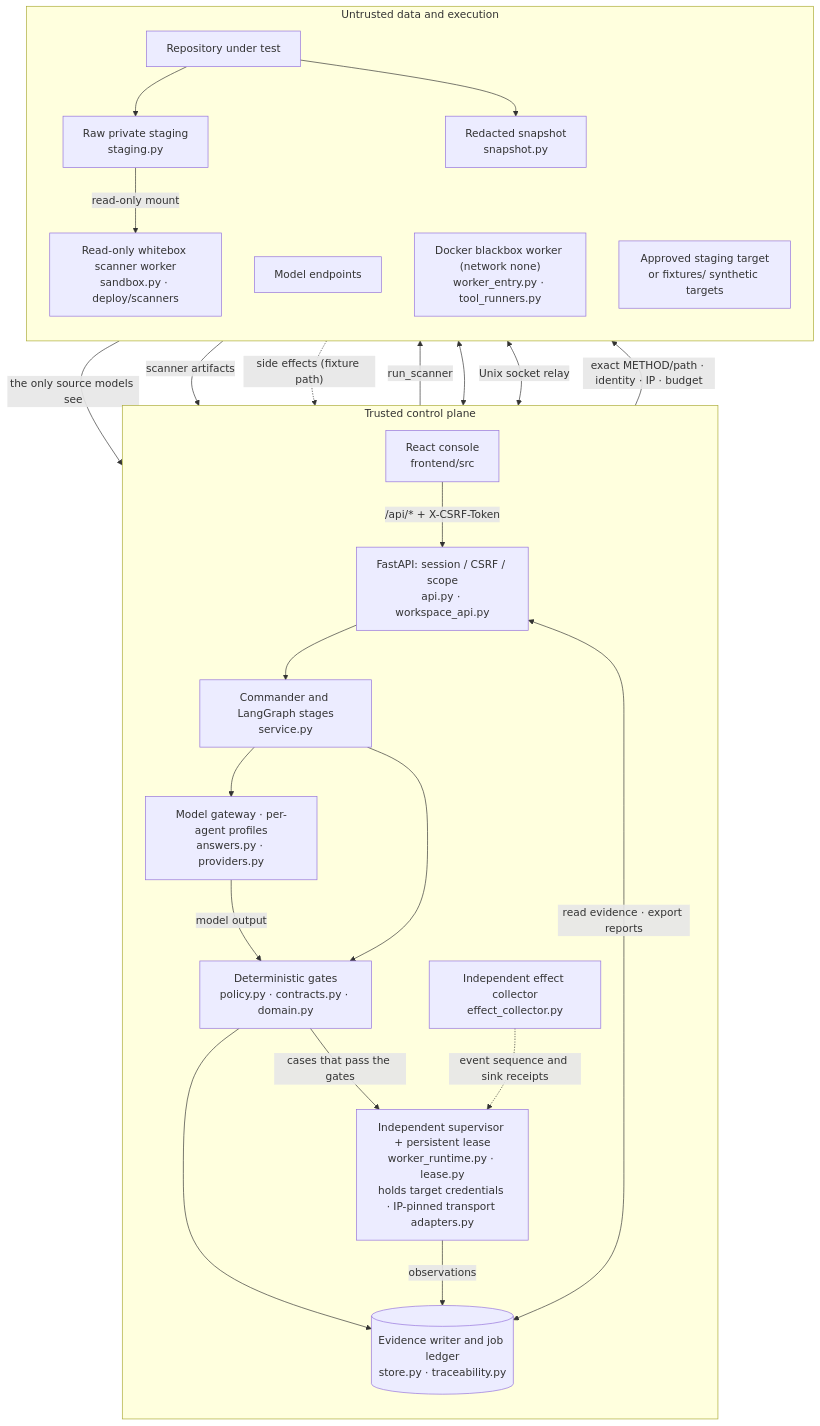
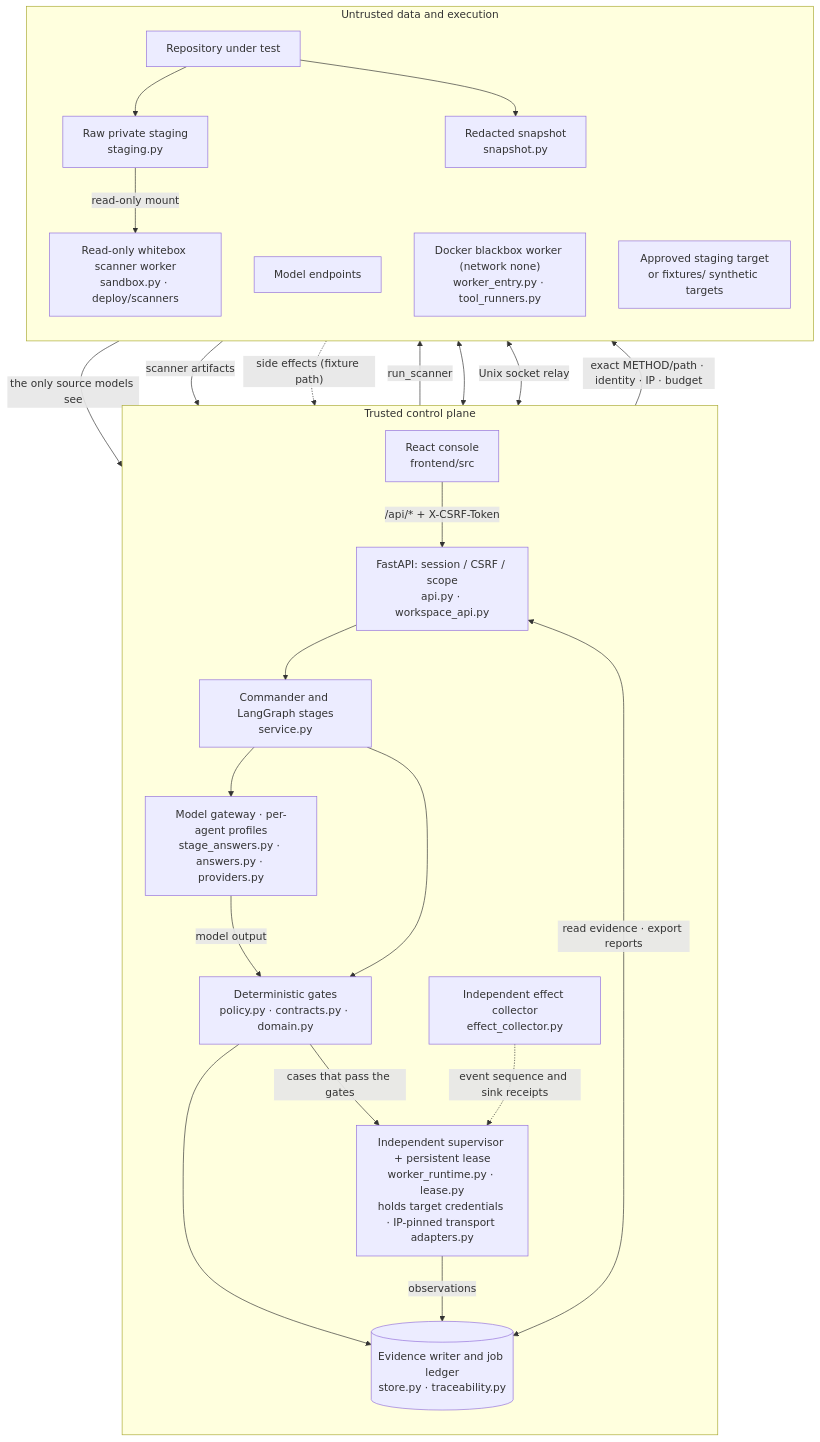
One commit to chinchiang/MultiAgentBeta changed the second of 2 diagrams in docs/ARCHITECTURE.md. Above: the diagram before and after it, drawn with Mermaid. The commit also changed other lines of this file and 4 other files, not shown here.

First line of the commit message:
階段答案 4/4：文件與用語跟上階段答案（GLOSSARY、IMPLEMENTATION、ARCHITECTURE、README）

````diff
--- a/docs/ARCHITECTURE.md
+++ b/docs/ARCHITECTURE.md
@@ -111,44 +113,44 @@
 ```mermaid
 flowchart TB
   subgraph CP["Trusted control plane"]
     direction TB
     UI["React console<br/>frontend/src"]
     API["FastAPI: session / CSRF / scope<br/>api.py · workspace_api.py"]
     C["Commander and LangGraph stages<br/>service.py"]
-    MG["Model gateway · per-agent profiles<br/>answers.py · providers.py"]
+    MG["Model gateway · per-agent profiles<br/>stage_answers.py · answers.py · providers.py"]
     G["Deterministic gates<br/>policy.py · contracts.py · domain.py"]
     SUP["Independent supervisor + persistent lease<br/>worker_runtime.py · lease.py<br/>holds target credentials · IP-pinned transport adapters.py"]
     EC["Independent effect collector<br/>effect_collector.py"]
     DB[("Evidence writer and job ledger<br/>store.py · traceability.py")]
   end
   subgraph UT["Untrusted data and execution"]
     direction TB
     REPO["Repository under test"]
     ST["Raw private staging<br/>staging.py"]
     SN["Redacted snapshot<br/>snapshot.py"]
     LLM["Model endpoints"]
     SC["Read-only whitebox scanner worker<br/>sandbox.py · deploy/scanners"]
     BW["Docker blackbox worker (network none)<br/>worker_entry.py · tool_runners.py"]
     T["Approved staging target<br/>or fixtures/ synthetic targets"]
   end
   UI -->|"/api/* + X-CSRF-Token"| API
   API --> C
   REPO --> ST
   REPO --> SN
   C -->|"run_scanner"| SC
   ST -->|"read-only mount"| SC
   C --> MG
   SN -->|"the only source models see"| MG
   MG <--> LLM
   MG -->|"model output"| G
   SC -->|"scanner artifacts"| G
   C --> G
   G -->|"cases that pass the gates"| SUP
   SUP <-->|"Unix socket relay"| BW
   SUP -->|"exact METHOD/path · identity · IP · budget"| T
   T -.->|"side effects (fixture path)"| EC
   EC -.->|"event sequence and sink receipts"| SUP
   G --> DB
   SUP -->|"observations"| DB
   API <-->|"read evidence · export reports"| DB
 ```
````
